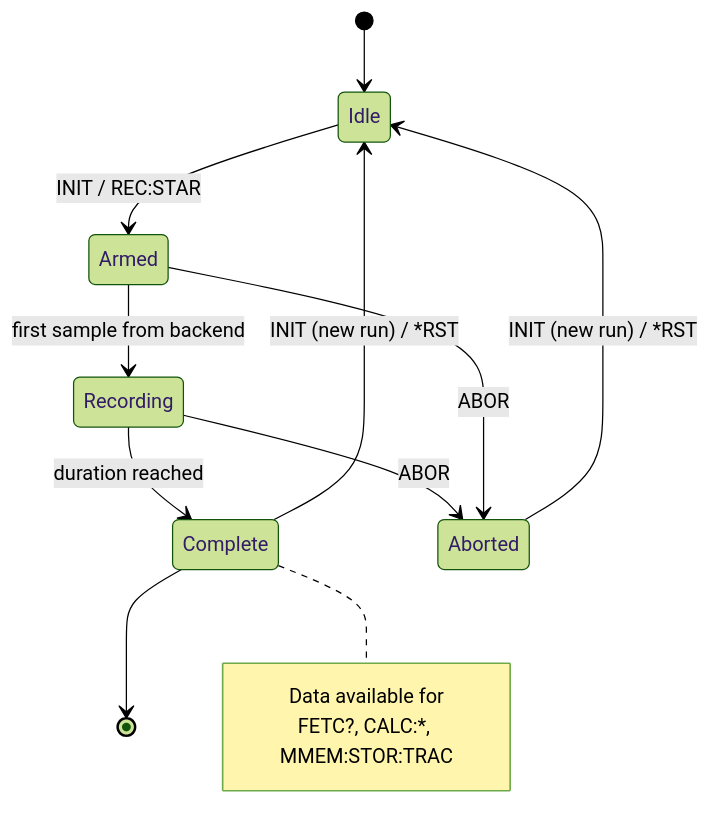
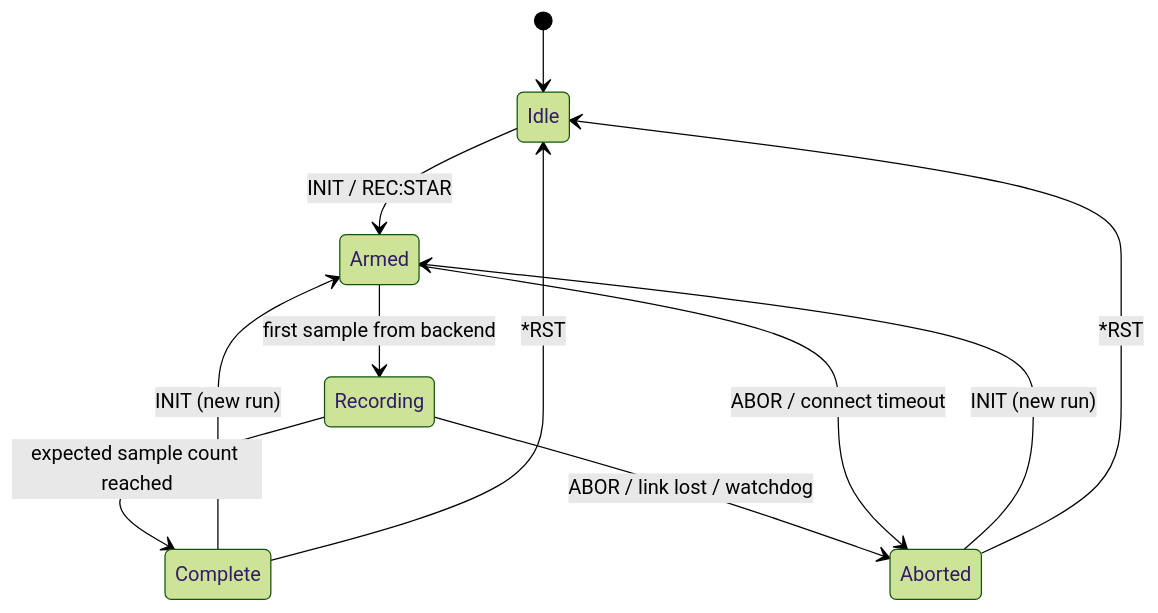
One commit to 9997433-bit/QuickVib changed the third of 3 diagrams in docs/PLAN.md. Above: the diagram before and after it, drawn with Mermaid (forest theme). The commit also changed other lines of this file, not shown here.

````diff
--- a/docs/PLAN.md
+++ b/docs/PLAN.md
@@ -138,16 +215,13 @@
 ```mermaid
 stateDiagram-v2
     [*] --> Idle
     Idle --> Armed: INIT / REC:STAR
     Armed --> Recording: first sample from backend
-    Recording --> Complete: duration reached
-    Recording --> Aborted: ABOR
-    Armed --> Aborted: ABOR
-    Complete --> Idle: INIT (new run) / *RST
-    Aborted --> Idle: INIT (new run) / *RST
-    Complete --> [*]
-    note right of Complete
-        Data available for
-        FETC?, CALC:*, MMEM:STOR:TRAC
-    end note
+    Recording --> Complete: expected sample count reached
+    Recording --> Aborted: ABOR / link lost / watchdog
+    Armed --> Aborted: ABOR / connect timeout
+    Complete --> Armed: INIT (new run)
+    Aborted --> Armed: INIT (new run)
+    Complete --> Idle: *RST
+    Aborted --> Idle: *RST
 ```
````
